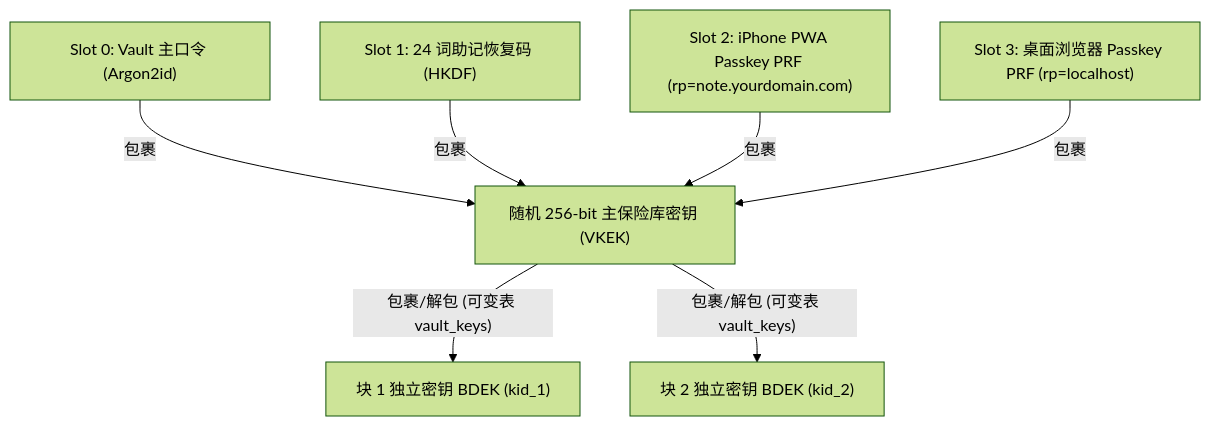
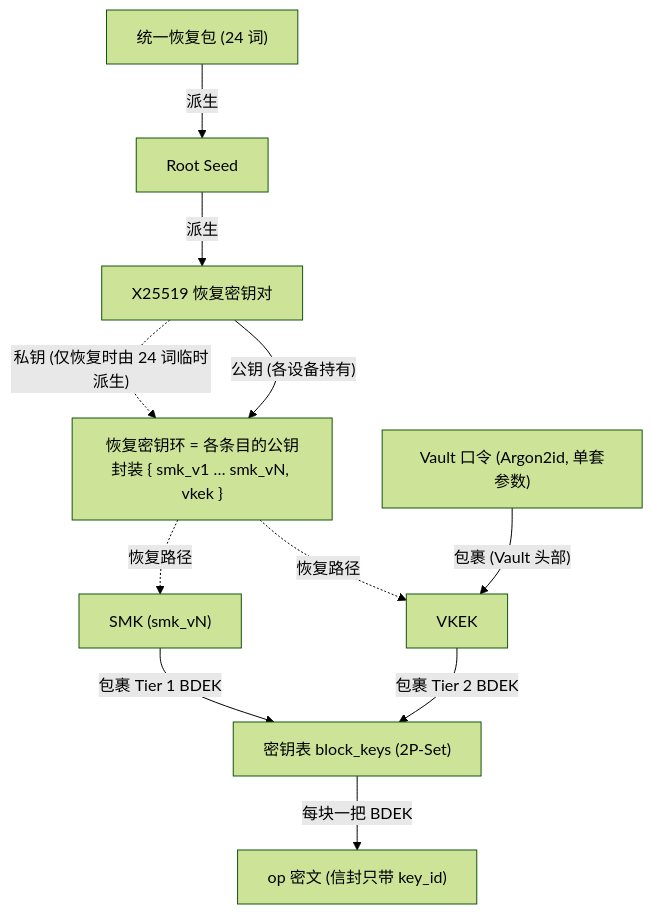
The diagram in docs/threat-model.md (gray0128/my-note), drawn with Mermaid (forest theme) before and after one commit. The commit also changed other lines of this file and 16 other files, not shown here.

````diff
--- a/docs/threat-model.md
+++ b/docs/threat-model.md
@@ -65,10 +65,13 @@
 ```mermaid
 flowchart TD
-    Pass["Slot 0: Vault 主口令 (Argon2id)"] -->|"包裹"| VKEK["随机 256-bit 主保险库密钥 (VKEK)"]
-    Rec["Slot 1: 24 词助记恢复码 (HKDF)"] -->|"包裹"| VKEK
-    PRF_PWA["Slot 2: iPhone PWA Passkey PRF (rp=note.yourdomain.com)"] -->|"包裹"| VKEK
-    PRF_Local["Slot 3: 桌面浏览器 Passkey PRF (rp=localhost)"] -->|"包裹"| VKEK
-
-    VKEK -->|"包裹/解包 (可变表 vault_keys)"| BDEK1["块 1 独立密钥 BDEK (kid_1)"]
-    VKEK -->|"包裹/解包 (可变表 vault_keys)"| BDEK2["块 2 独立密钥 BDEK (kid_2)"]
+    Bundle["统一恢复包 (24 词)"] -->|"派生"| Seed["Root Seed"]
+    Seed -->|"派生"| Pair["X25519 恢复密钥对"]
+    Pair -->|"公钥 (各设备持有)"| Ring["恢复密钥环 = 各条目的公钥封装 { smk_v1 … smk_vN, vkek }"]
+    Pair -.->|"私钥 (仅恢复时由 24 词临时派生)"| Ring
+    Pass["Vault 口令 (Argon2id, 单套参数)"] -->|"包裹 (Vault 头部)"| VKEK["VKEK"]
+    Ring -.->|"恢复路径"| VKEK
+    Ring -.->|"恢复路径"| SMK["SMK (smk_vN)"]
+    SMK -->|"包裹 Tier 1 BDEK"| Keys["密钥表 block_keys (2P-Set)"]
+    VKEK -->|"包裹 Tier 2 BDEK"| Keys
+    Keys -->|"每块一把 BDEK"| Ops["op 密文 (信封只带 key_id)"]
 ```
````
